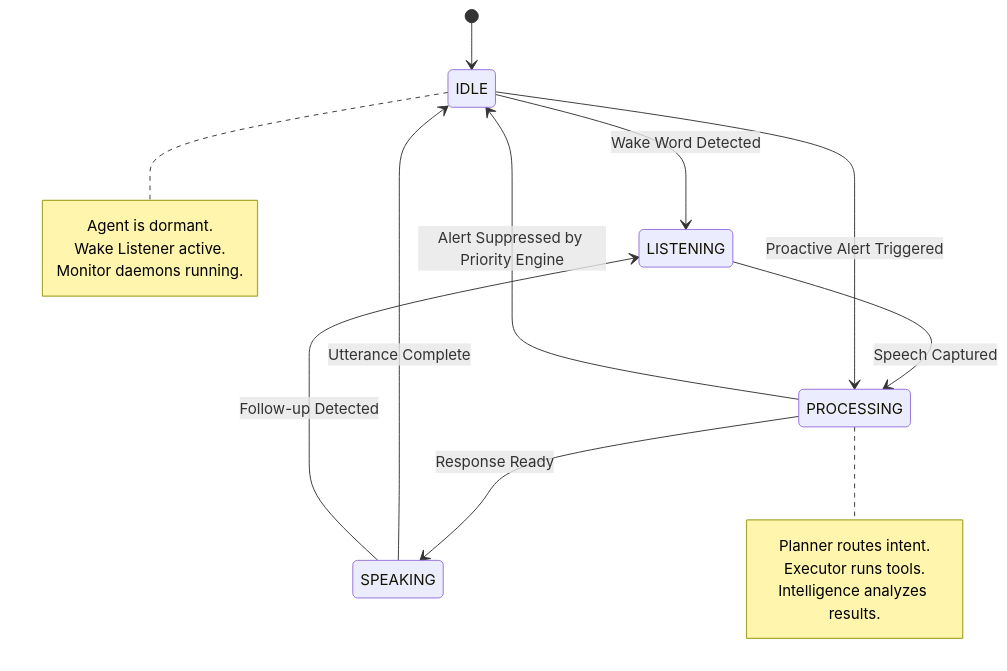
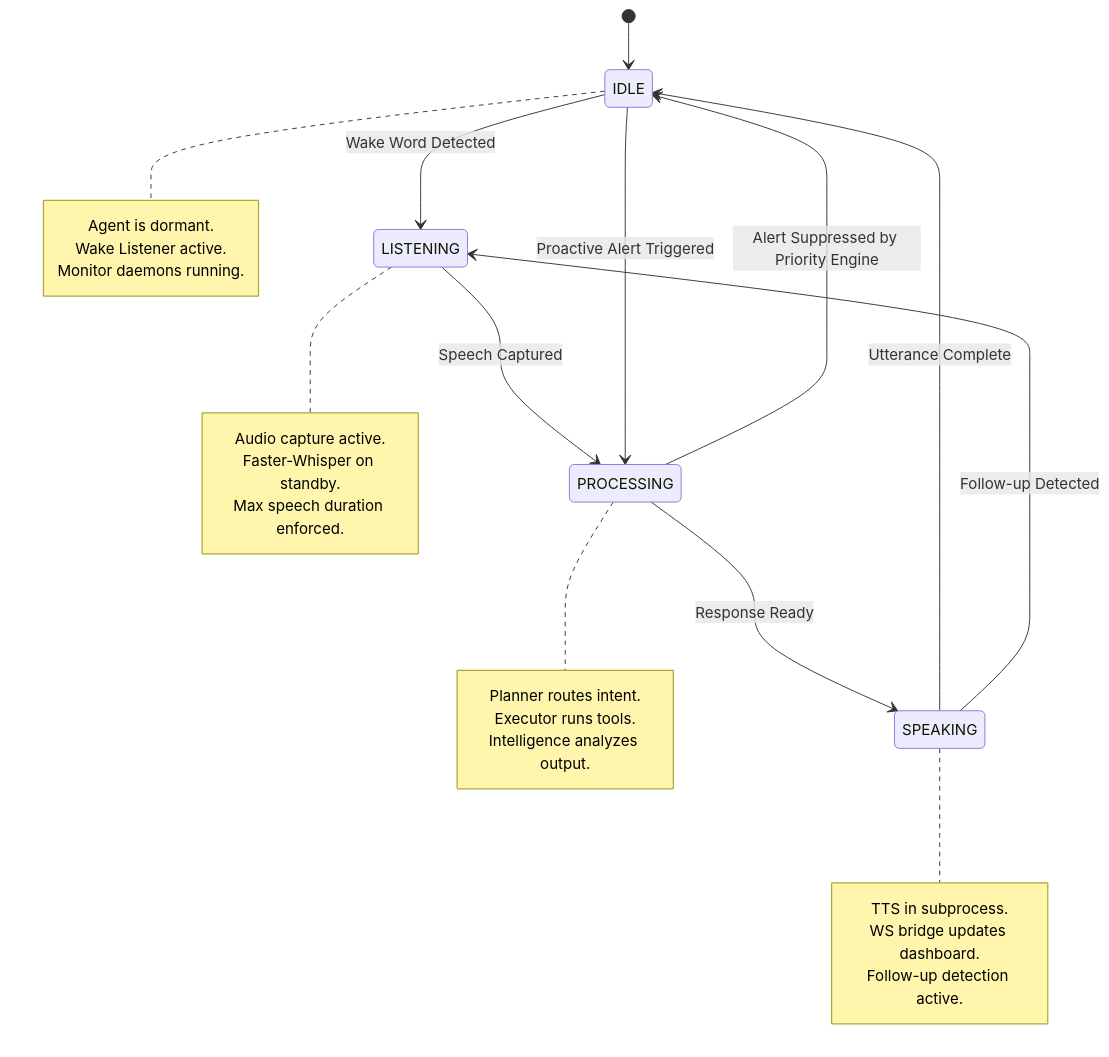
The third of 10 diagrams in README.md (Rexy-5097/Raptor-AI), drawn with Mermaid before and after one commit. The commit also changed other lines of this file and 1 other file, not shown here.

First line of the commit message:
Add comprehensive Mermaid diagrams and visual documentation

````diff
--- a/README.md
+++ b/README.md
@@ -176,26 +188,38 @@
 ```mermaid
 stateDiagram-v2
     [*] --> IDLE
 
     IDLE --> LISTENING : Wake Word Detected
     LISTENING --> PROCESSING : Speech Captured
     PROCESSING --> SPEAKING : Response Ready
     SPEAKING --> IDLE : Utterance Complete
 
     IDLE --> PROCESSING : Proactive Alert Triggered
     PROCESSING --> IDLE : Alert Suppressed by Priority Engine
 
     SPEAKING --> LISTENING : Follow-up Detected
 
     note right of IDLE
         Agent is dormant.
         Wake Listener active.
         Monitor daemons running.
     end note
 
+    note right of LISTENING
+        Audio capture active.
+        Faster-Whisper on standby.
+        Max speech duration enforced.
+    end note
+
     note right of PROCESSING
         Planner routes intent.
         Executor runs tools.
-        Intelligence analyzes results.
+        Intelligence analyzes output.
+    end note
+
+    note right of SPEAKING
+        TTS in subprocess.
+        WS bridge updates dashboard.
+        Follow-up detection active.
     end note
 ```
````
